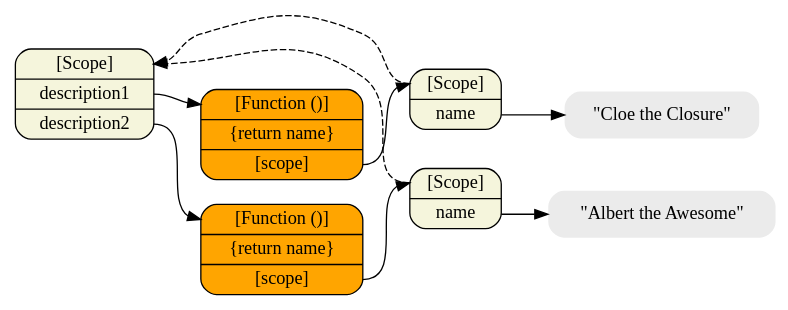
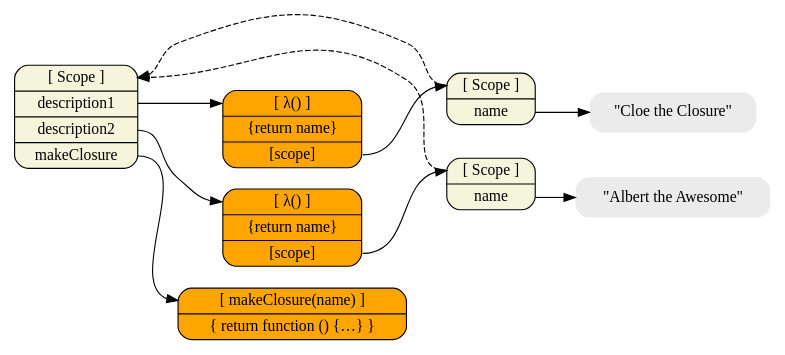
One commit to creationix/howtonode.org changed the diagram in articles/object-graphs/closure.dot. Above: the diagram before and after it, drawn with Graphviz. The commit also changed 5 other files, not shown here.

First line of the commit message:
Update the diagrams a little more.

```diff
--- a/articles/object-graphs/closure.dot
+++ b/articles/object-graphs/closure.dot
@@ -1,39 +1,41 @@
 digraph finite_state_machine {
 	size="8,5"
 	rankdir = "LR"
 
   /* Execution Contexts */
   node [shape=Mrecord, fillcolor=beige, style=filled];
-  top [label="<__proto__>[Scope]|<description1>description1|<description2>description2"];
-  closure1 [label="<__proto__>[Scope]|<name>name"];
-  closure2 [label="<__proto__>[Scope]|<name>name"];
+  top [label="<__proto__>[ Scope ]|<description1>description1|<description2>description2|<makeClosure>makeClosure"];
+  closure1 [label="<__proto__>[ Scope ]|<name>name"];
+  closure2 [label="<__proto__>[ Scope ]|<name>name"];
 
   /* Normal Objects */
   node [shape = Mrecord, fillcolor=lightskyblue, style=filled];
 
   /* Function Objects */
   node [shape = Mrecord, fillcolor=orange, style=filled];
-  fn1 [label="<__proto__>[Function ()]|\{return name\}|<__scope__>[scope]"];
-  fn2 [label="<__proto__>[Function ()]|\{return name\}|<__scope__>[scope]"];
+  fn_makeClosure [label="<__proto__>[ makeClosure(name) ]|\{ return function () \{…\} \}"];
+  fn1 [label="<__proto__>[ λ() ]|\{return name\}|<__scope__>[scope]"];
+  fn2 [label="<__proto__>[ λ() ]|\{return name\}|<__scope__>[scope]"];
 
   /* Literals */
   node [shape = plaintext, fillcolor=gray92, style="filled,rounded"];
   cloe [label="\"Cloe the Closure\""]
   albert [label="\"Albert the Awesome\""]
 
   /* References */
+  top:makeClosure -> fn_makeClosure:__proto__;
   top:description1 -> fn1:__proto__;
   top:description2 -> fn2:__proto__;
   closure1:name -> cloe;
   closure2:name -> albert;
   fn1:__scope__ -> closure1:__proto__;
   fn2:__scope__ -> closure2:__proto__;
 
   /* Inheritance Chains */
   edge [style=dashed]
   closure1:__proto__ -> top:__proto__;
   closure2:__proto__ -> top:__proto__;
 
 
 
 }
```
